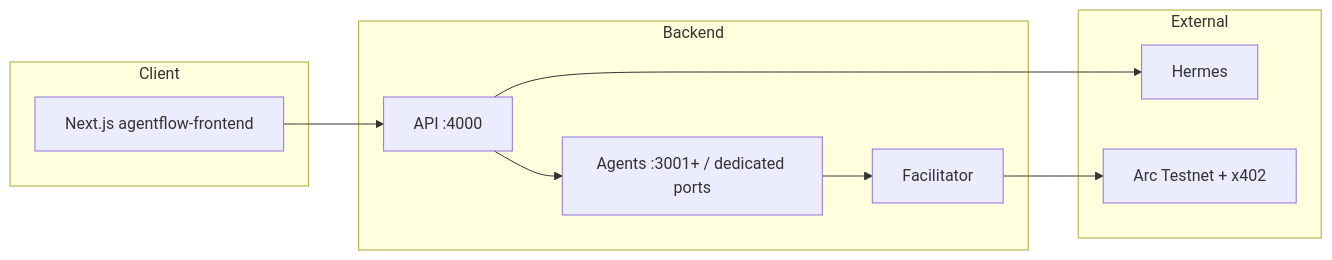
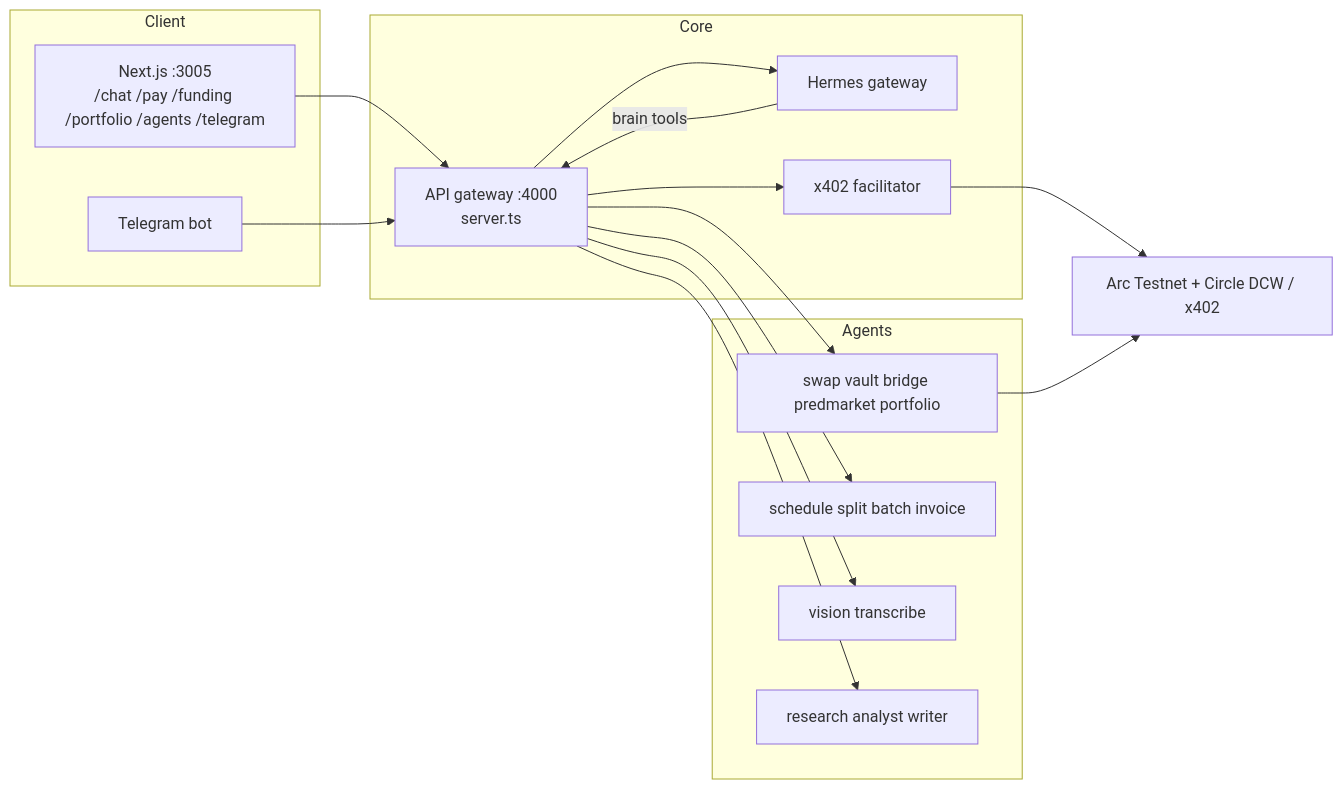
Before and after one commit to Snehal707/Agentflow: the diagram in README.md, drawn with Mermaid. The commit also changed other lines of this file, not shown here.

````diff
--- a/README.md
+++ b/README.md
@@ -63,23 +95,34 @@
 ```mermaid
 flowchart LR
   subgraph Client
-    Web[Next.js agentflow-frontend]
+    Web["Next.js :3005\n/chat /pay /funding /portfolio /agents /telegram"]
+    Tg[Telegram bot]
   end
 
-  subgraph Backend
-    API[API :4000]
-    Agents[Agents :3001+ / dedicated ports]
-    Fac[Facilitator]
+  subgraph Core
+    API["API gateway :4000\nserver.ts"]
+    Hermes[Hermes gateway]
+    Fac[x402 facilitator]
   end
 
-  subgraph External
-    Hermes[Hermes]
-    Arc[Arc Testnet + x402]
+  subgraph Agents
+    Money[swap vault bridge predmarket portfolio]
+    Pay[schedule split batch invoice]
+    Media[vision transcribe]
+    Research[research analyst writer]
   end
 
+  Arc[Arc Testnet + Circle DCW / x402]
+
   Web --> API
-  API --> Agents
+  Tg --> API
   API --> Hermes
-  Agents --> Fac
+  Hermes -->|"brain tools"| API
+  API --> Fac
+  API --> Money
+  API --> Pay
+  API --> Media
+  API --> Research
   Fac --> Arc
+  Money --> Arc
 ```
````
